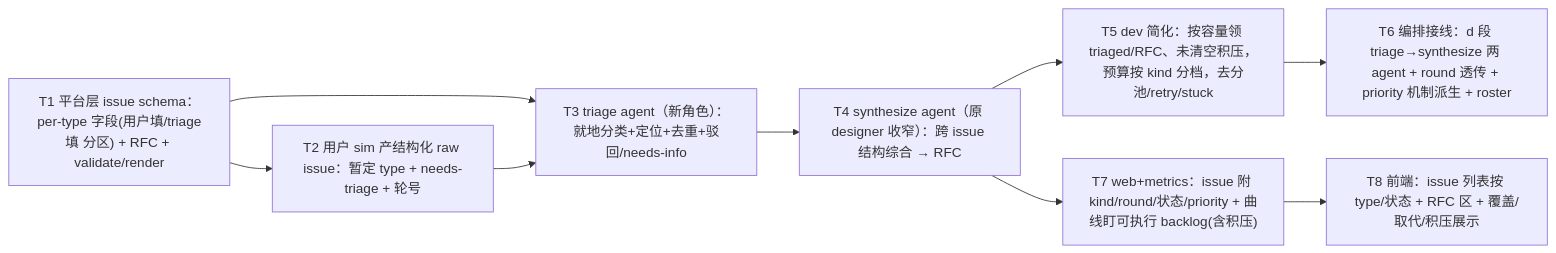
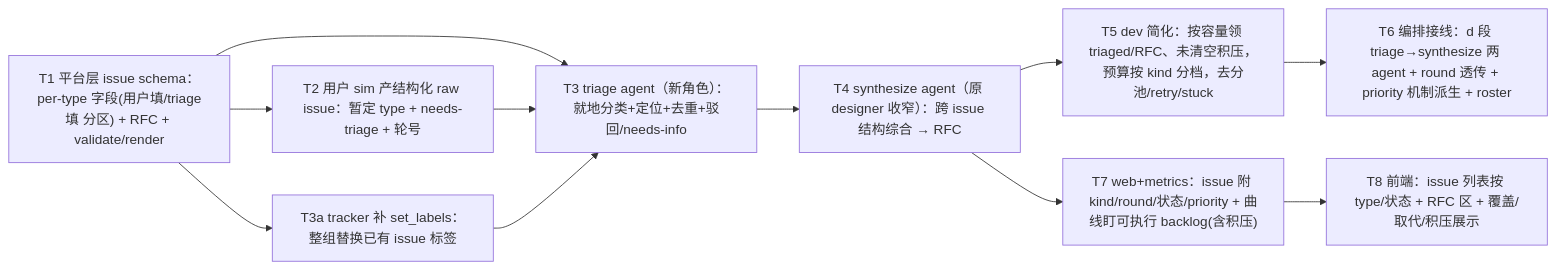
Diagram 50 of 51 in docs/specs/OVERVIEW.md (Curry09/AHE-Beta), drawn with Mermaid before and after one commit. The commit also changed other lines of this file and 6 other files, not shown here.

First line of the commit message:
feat(tracker): 补 set_labels 整组替换 issue 标签（spec 0025/T3a）

````diff
--- a/docs/specs/OVERVIEW.md
+++ b/docs/specs/OVERVIEW.md
@@ -1106,19 +1111,22 @@
 ```mermaid
 graph LR
     nT1["T1 平台层 issue schema：per-type 字段(用户填/triage填 分区) + RFC + validate/render"]
     nT2["T2 用户 sim 产结构化 raw issue：暂定 type + needs-triage + 轮号"]
     nT3["T3 triage agent（新角色）：就地分类+定位+去重+驳回/needs-info"]
     nT4["T4 synthesize agent（原 designer 收窄）：跨 issue 结构综合 → RFC"]
     nT5["T5 dev 简化：按容量领 triaged/RFC、未清空积压，预算按 kind 分档，去分池/retry/stuck"]
     nT6["T6 编排接线：d 段 triage→synthesize 两 agent + round 透传 + priority 机制派生 + roster"]
     nT7["T7 web+metrics：issue 附 kind/round/状态/priority + 曲线盯可执行 backlog(含积压)"]
     nT8["T8 前端：issue 列表按 type/状态 + RFC 区 + 覆盖/取代/积压展示"]
+    nT3a["T3a tracker 补 set_labels：整组替换已有 issue 标签"]
     nT1 --> nT2
     nT1 --> nT3
     nT2 --> nT3
+    nT3a --> nT3
     nT3 --> nT4
     nT4 --> nT5
     nT5 --> nT6
     nT4 --> nT7
     nT7 --> nT8
+    nT1 --> nT3a
 ```
````
